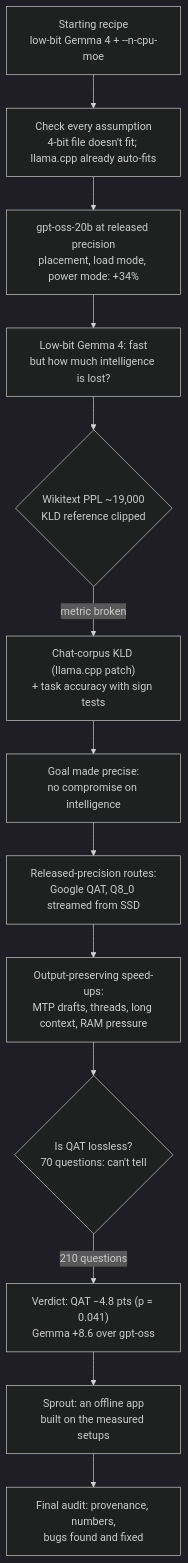
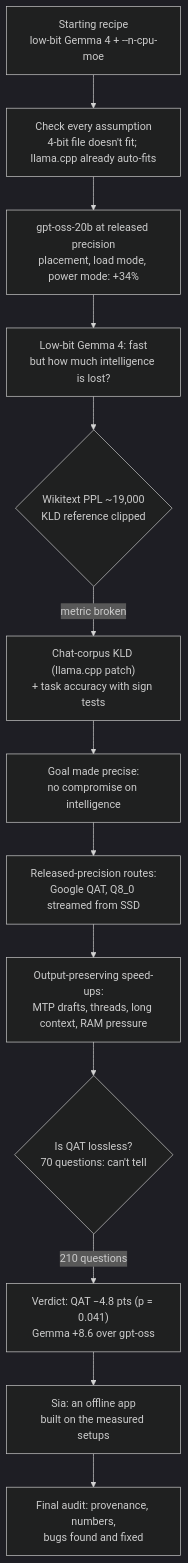
The diagram in REPORT.md (hrithik-sp/SIA-big-llm-on-6gb-laptop), drawn with Mermaid (dark theme) before and after one commit. The commit also changed other lines of this file and 43 other files, not shown here.

````diff
--- a/REPORT.md
+++ b/REPORT.md
@@ -127,15 +127,15 @@
 ```mermaid
 flowchart TD
   A["Starting recipe<br/>low-bit Gemma 4 + --n-cpu-moe"] --> B["Check every assumption<br/>4-bit file doesn't fit; llama.cpp already auto-fits"]
   B --> C["gpt-oss-20b at released precision<br/>placement, load mode, power mode: +34%"]
   C --> D["Low-bit Gemma 4: fast<br/>but how much intelligence is lost?"]
   D --> E{"Wikitext PPL ~19,000<br/>KLD reference clipped"}
   E -->|"metric broken"| F["Chat-corpus KLD (llama.cpp patch)<br/>+ task accuracy with sign tests"]
   F --> G["Goal made precise:<br/>no compromise on intelligence"]
   G --> H["Released-precision routes:<br/>Google QAT, Q8_0 streamed from SSD"]
   H --> I["Output-preserving speed-ups:<br/>MTP drafts, threads, long context, RAM pressure"]
   I --> J{"Is QAT lossless?<br/>70 questions: can't tell"}
   J -->|"210 questions"| K["Verdict: QAT −4.8 pts (p = 0.041)<br/>Gemma +8.6 over gpt-oss"]
-  K --> L["Sprout: an offline app<br/>built on the measured setups"]
+  K --> L["Sia: an offline app<br/>built on the measured setups"]
   L --> M["Final audit: provenance, numbers,<br/>bugs found and fixed"]
 ```
````
